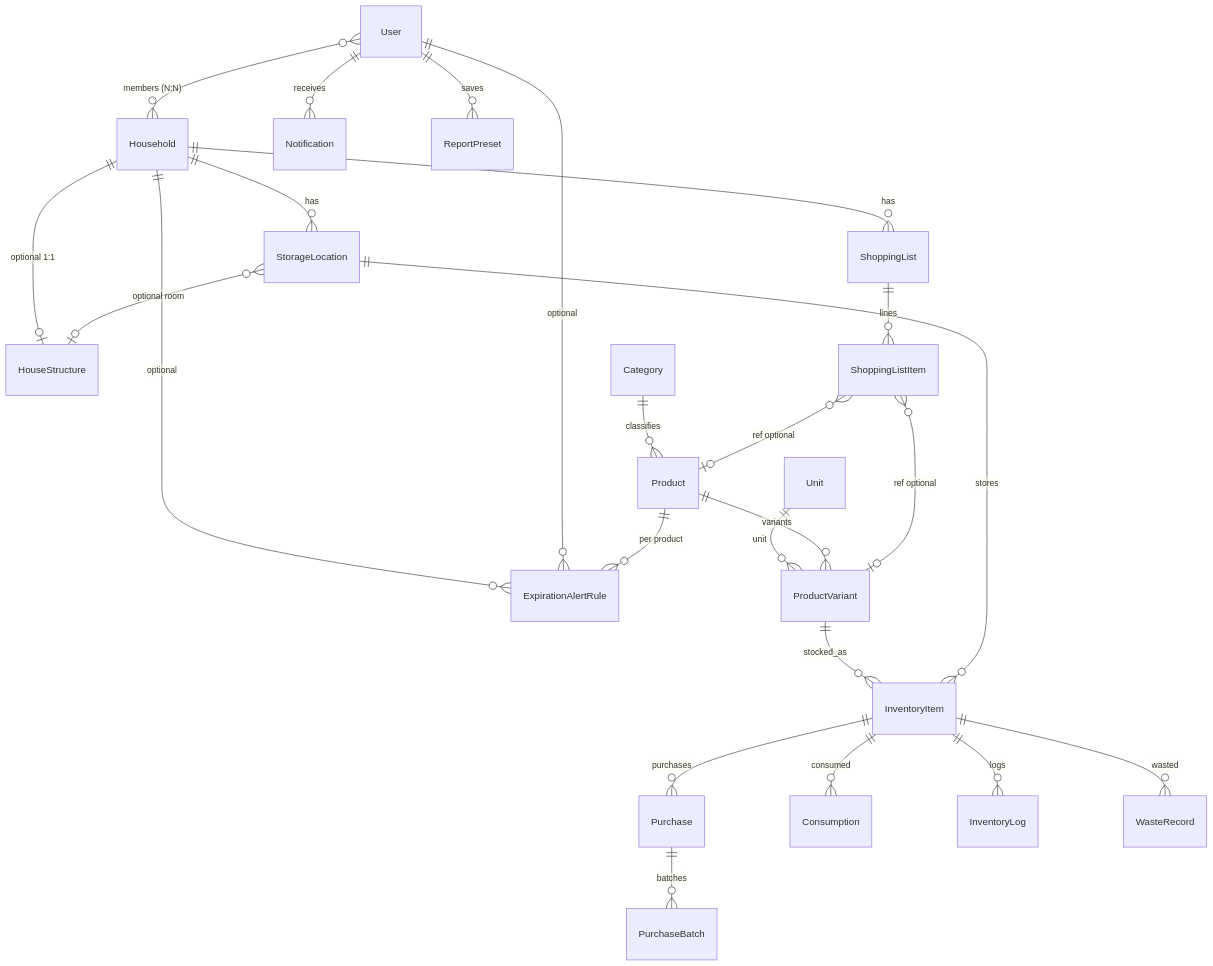
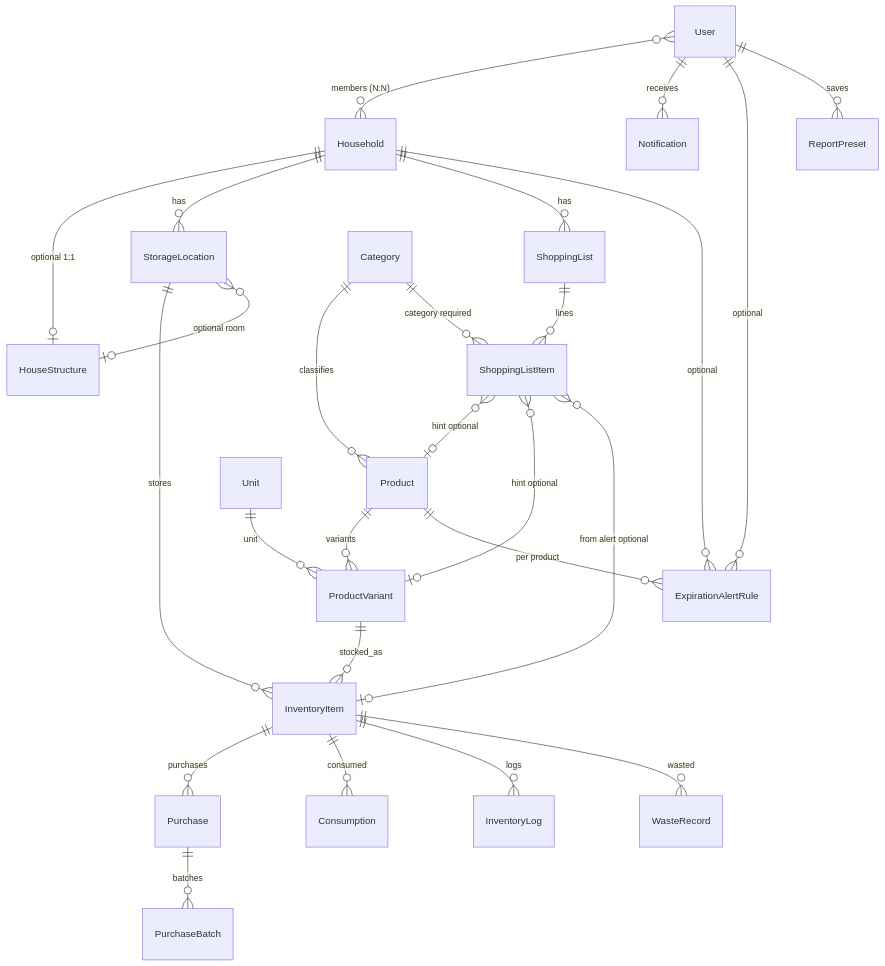
Before and after one commit to wukdddang/home-inventory-manager: the diagram in backend/docs/er-diagram.md, drawn with Mermaid. The commit also changed other lines of this file and 3 other files, not shown here.

First line of the commit message:
docs: ShoppingListItem 및 카테고리 관련 설명 업데이트

````diff
--- a/backend/docs/er-diagram.md
+++ b/backend/docs/er-diagram.md
@@ -89,32 +91,34 @@
 ```mermaid
 erDiagram
     User }o--o{ Household : "members (N:N)"
 
     Household ||--o| HouseStructure : "optional 1:1"
     Household ||--o{ StorageLocation : has
     Household ||--o{ ShoppingList : has
     Household ||--o{ ExpirationAlertRule : "optional"
 
     User ||--o{ Notification : receives
     User ||--o{ ExpirationAlertRule : "optional"
     User ||--o{ ReportPreset : saves
 
     Category ||--o{ Product : classifies
 
     Unit ||--o{ ProductVariant : unit
     Product ||--o{ ProductVariant : variants
     Product ||--o{ ExpirationAlertRule : "per product"
     ProductVariant ||--o{ InventoryItem : stocked_as
     StorageLocation ||--o{ InventoryItem : stores
     StorageLocation }o--o| HouseStructure : "optional room"
 
     InventoryItem ||--o{ Purchase : purchases
     Purchase ||--o{ PurchaseBatch : batches
     InventoryItem ||--o{ Consumption : consumed
     InventoryItem ||--o{ InventoryLog : logs
     InventoryItem ||--o{ WasteRecord : wasted
 
+    Category ||--o{ ShoppingListItem : "category required"
     ShoppingList ||--o{ ShoppingListItem : lines
-    ShoppingListItem }o--o| Product : "ref optional"
-    ShoppingListItem }o--o| ProductVariant : "ref optional"
+    ShoppingListItem }o--o| Product : "hint optional"
+    ShoppingListItem }o--o| ProductVariant : "hint optional"
+    ShoppingListItem }o--o| InventoryItem : "from alert optional"
 ```
````
